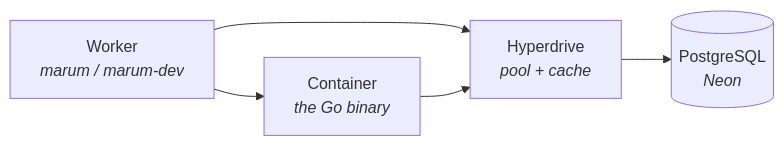
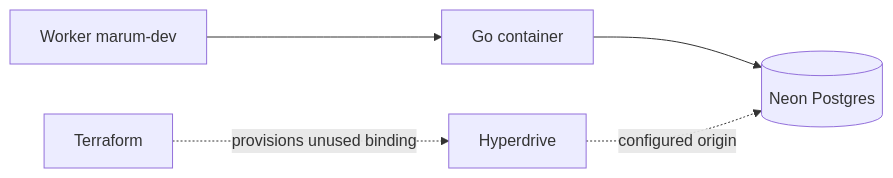
The diagram in deploy/terraform/README.md (andranikasd/marumbot), drawn with Mermaid before and after one commit. The commit also changed other lines of this file and 32 other files, not shown here.

````diff
--- a/deploy/terraform/README.md
+++ b/deploy/terraform/README.md
@@ -20,7 +14,7 @@
 ```mermaid
 flowchart LR
-  w["Worker<br/><i>marum / marum-dev</i>"] --> h["Hyperdrive<br/><i>pool + cache</i>"]
-  h --> pg[("PostgreSQL<br/><i>Neon</i>")]
-  w --> c["Container<br/><i>the Go binary</i>"]
-  c --> h
+  w[Worker marum-dev] --> c[Go container]
+  c --> pg[(Neon Postgres)]
+  tf[Terraform] -. provisions unused binding .-> h[Hyperdrive]
+  h -. configured origin .-> pg
 ```
````
